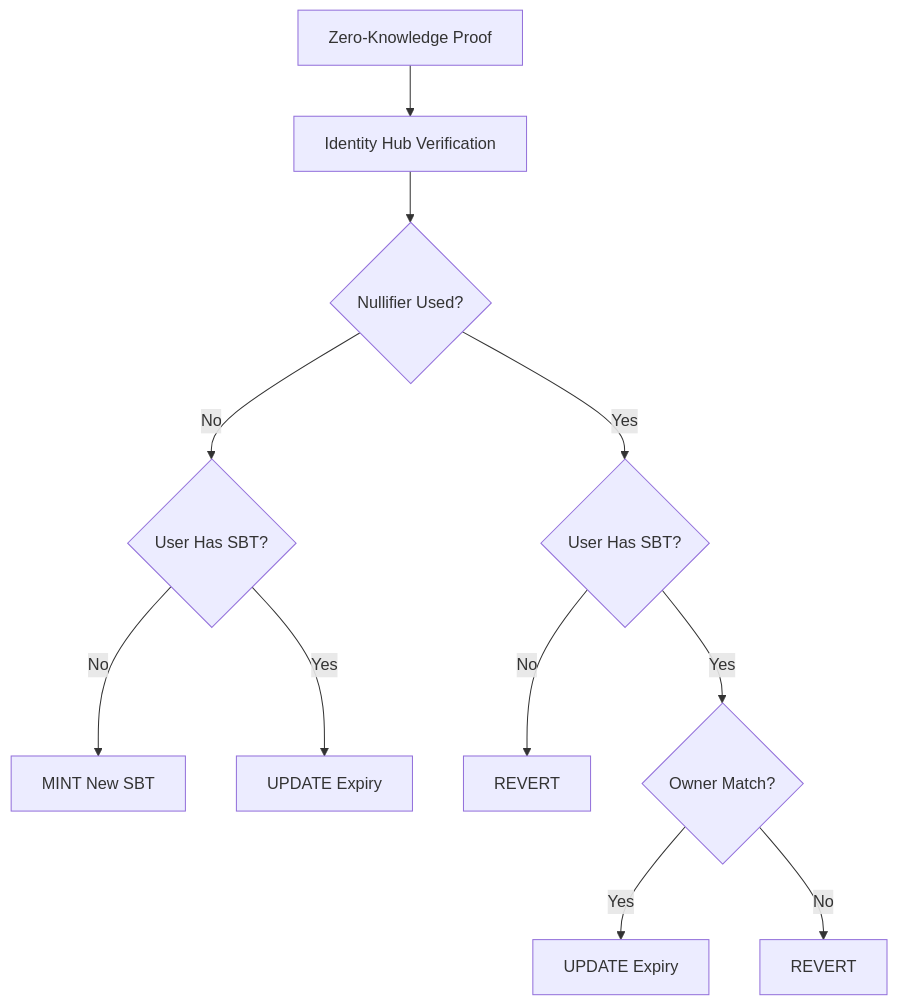
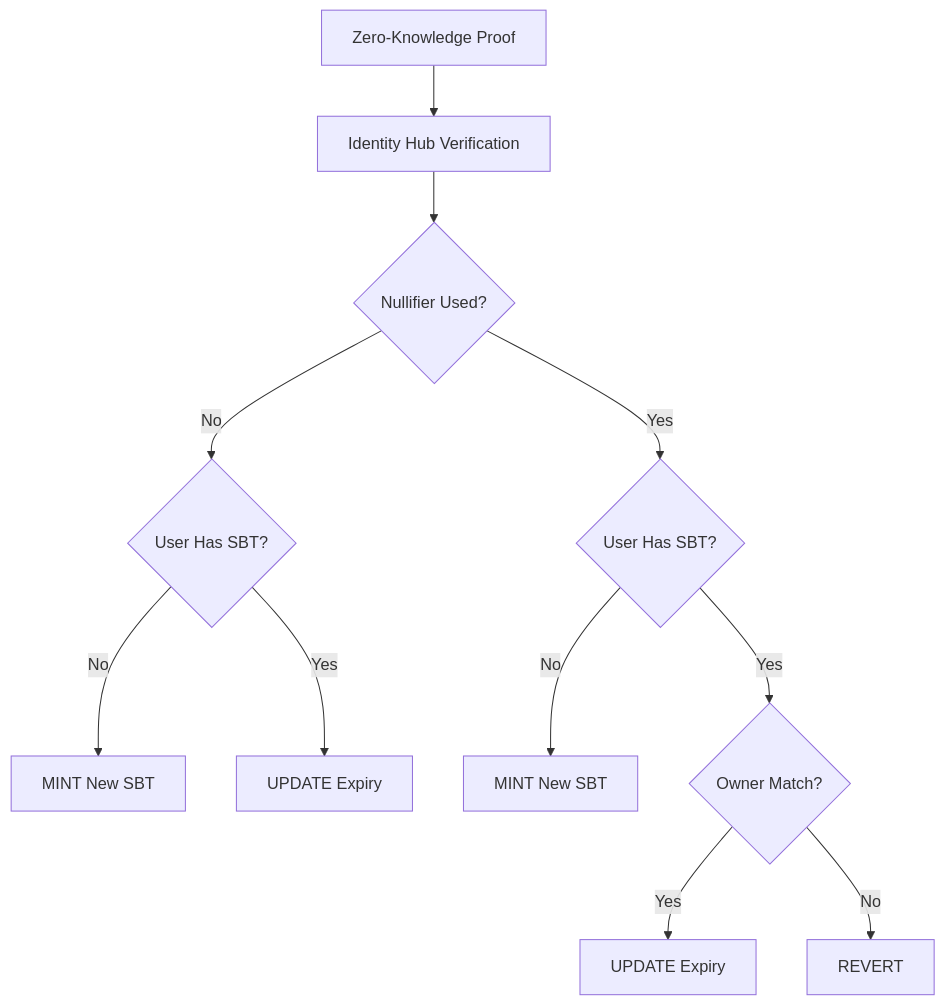
The diagram in README.md (selfxyz/self-sbt), drawn with Mermaid before and after one commit. The commit also changed other lines of this file and 10 other files, not shown here.

````diff
--- a/README.md
+++ b/README.md
@@ -61,16 +61,16 @@
 ```mermaid
 graph TD
     A[Zero-Knowledge Proof] --> B[Identity Hub Verification]
     B --> C{Nullifier Used?}
     C -->|No| D{User Has SBT?}
     C -->|Yes| E{User Has SBT?}
 
     D -->|No| F[MINT New SBT]
     D -->|Yes| G[UPDATE Expiry]
 
-    E -->|No| H[REVERT]
+    E -->|No| H[MINT New SBT]
     E -->|Yes| I{Owner Match?}
 
     I -->|Yes| J[UPDATE Expiry]
     I -->|No| K[REVERT]
 ```
````
